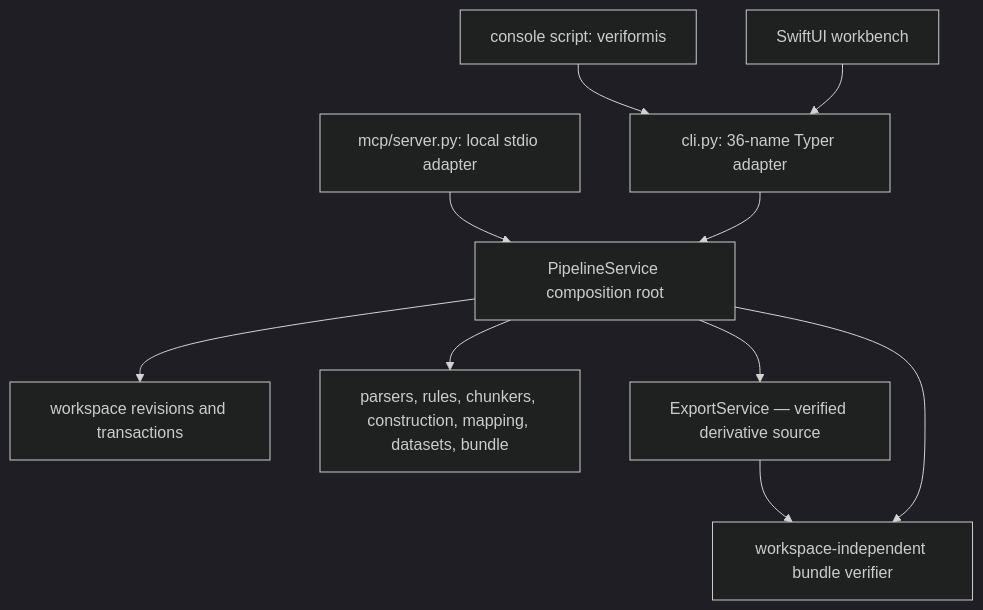
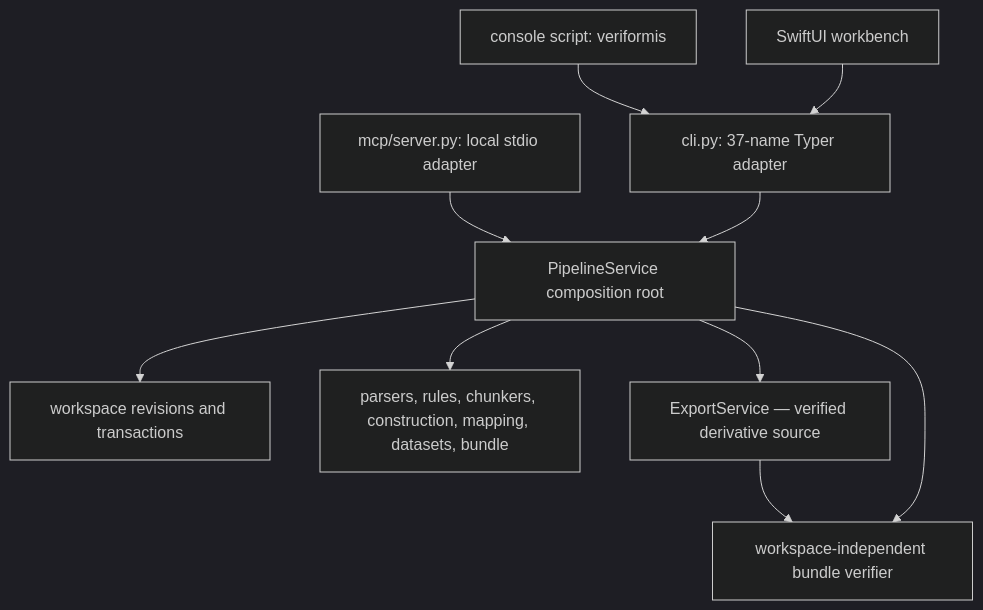
The first of 2 diagrams in docs/architecture/entry-points.md (ogprotege/Veriformis), drawn with Mermaid (dark theme) before and after one commit. The commit also changed other lines of this file and 25 other files, not shown here.

````diff
--- a/docs/architecture/entry-points.md
+++ b/docs/architecture/entry-points.md
@@ -44,12 +44,12 @@
 ```mermaid
 flowchart TD
-    script["console script: veriformis"] --> cli["cli.py: 36-name Typer adapter"]
+    script["console script: veriformis"] --> cli["cli.py: 37-name Typer adapter"]
     mcp["mcp/server.py: local stdio adapter"] --> service["PipelineService composition root"]
     cli --> service
     mac["SwiftUI workbench"] --> cli
     service --> workspace["workspace revisions and transactions"]
     service --> domains["parsers, rules, chunkers, construction, mapping, datasets, bundle"]
     service --> exports["ExportService — verified derivative source"]
     exports --> verifier
     service --> verifier["workspace-independent bundle verifier"]
 ```
````
